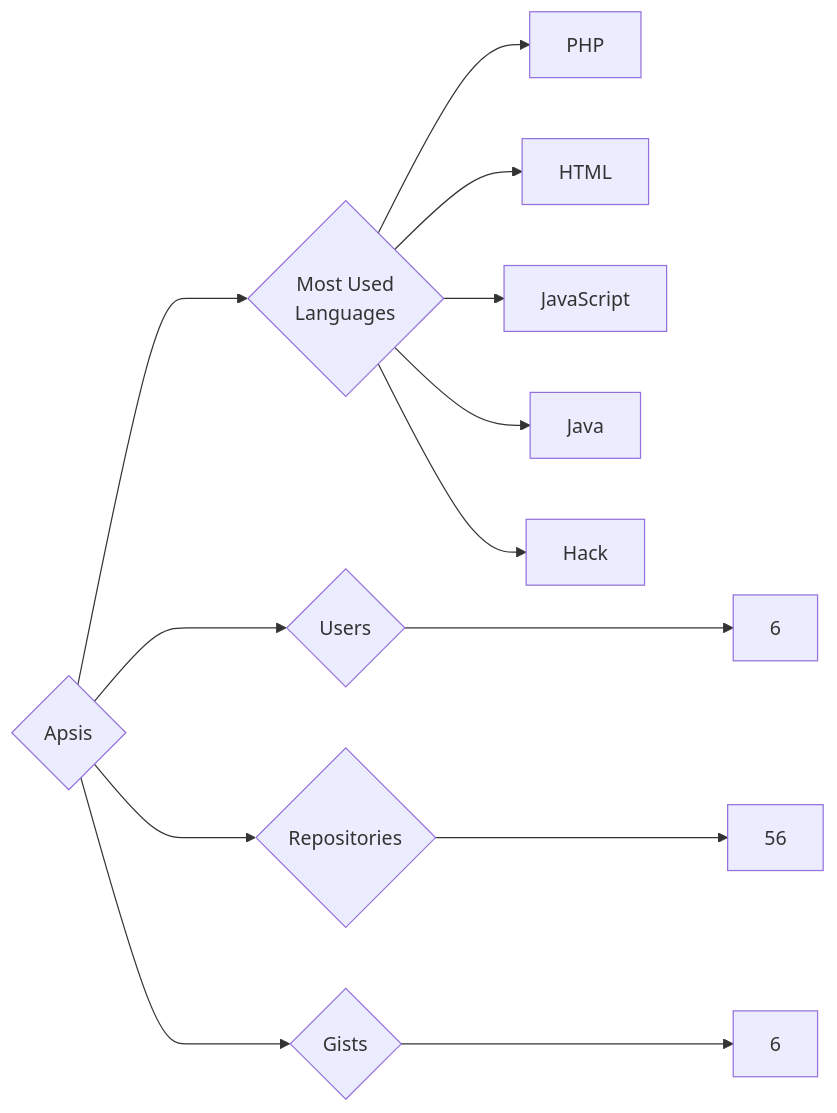
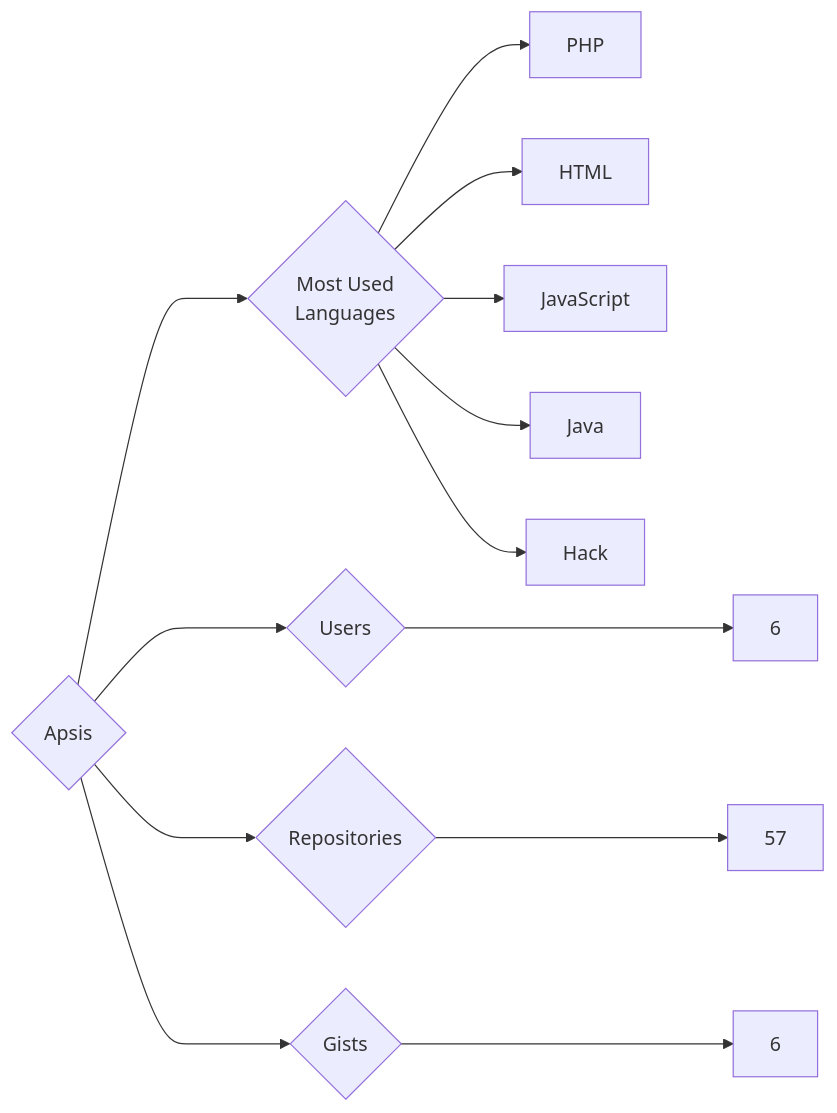
Before and after one commit to trickest/insiders: the diagram in targets/Apsis/README.md, drawn with Mermaid. The commit also changed 1023 other files, not shown here.

````diff
--- a/targets/Apsis/README.md
+++ b/targets/Apsis/README.md
@@ -3,13 +3,13 @@
 ```mermaid
 graph LR
 COMPANY_NAME{Apsis}
 COMPANY_NAME ---> U{Users} ---> UN[6]
-COMPANY_NAME ---> R{Repositories} ---> RN[56]
+COMPANY_NAME ---> R{Repositories} ---> RN[57]
 COMPANY_NAME ---> G{Gists} ---> GN[6]
 COMPANY_NAME ---> ML{Most Used<br>Languages}
 ML --> PHP[PHP]
 ML --> HTML[HTML]
 ML --> JavaScript[JavaScript]
 ML --> Java[Java]
 ML --> Hack[Hack]
 ```
````
